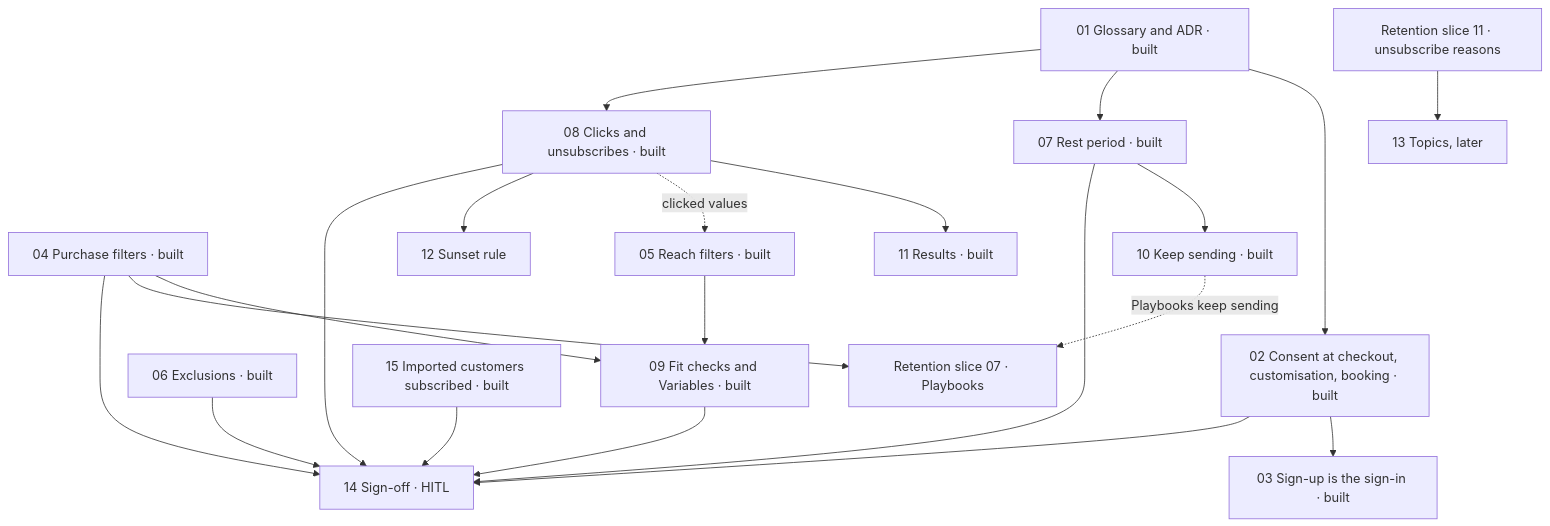
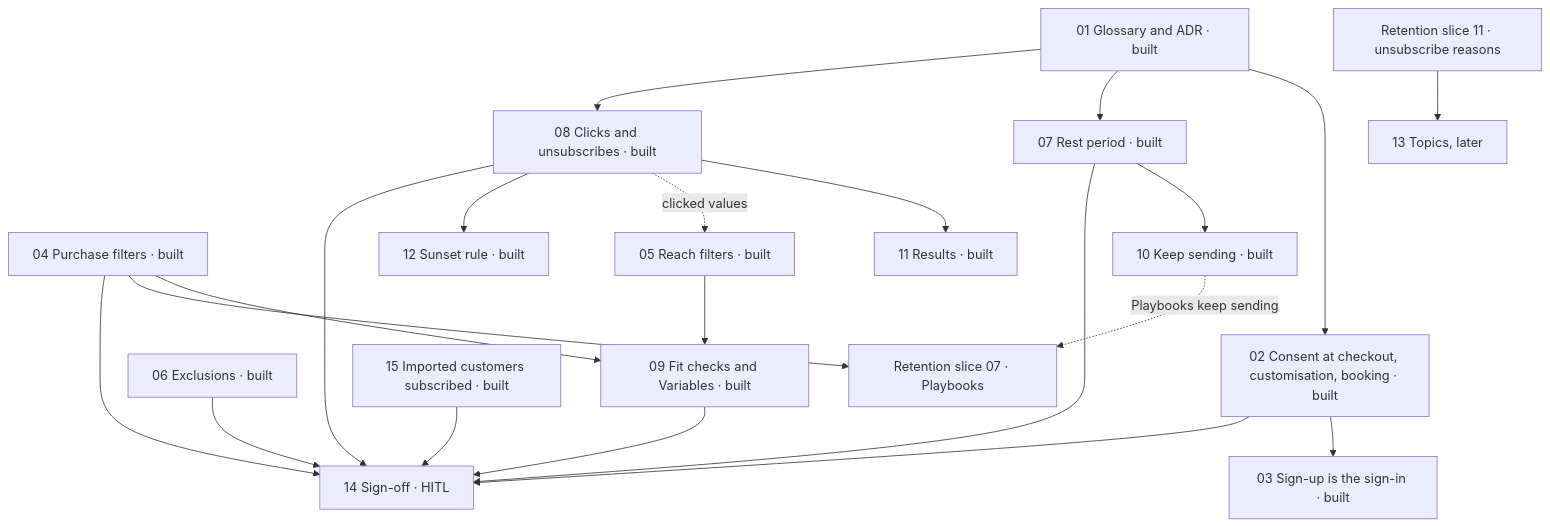
Before and after one commit to ivanyeors/mp: the diagram in .claude/PRD-campaign-audiences/issues/README.md, drawn with Mermaid. The commit also changed other lines of this file and 54 other files, not shown here.

````diff
--- a/.claude/PRD-campaign-audiences/issues/README.md
+++ b/.claude/PRD-campaign-audiences/issues/README.md
@@ -34,39 +34,39 @@
 ```mermaid
 graph TD
   s01[01 Glossary and ADR · built]
   s02[02 Consent at checkout, customisation, booking · built]
   s03[03 Sign-up is the sign-in · built]
   s04[04 Purchase filters · built]
   s05[05 Reach filters · built]
   s06[06 Exclusions · built]
   s07[07 Rest period · built]
   s08[08 Clicks and unsubscribes · built]
   s09[09 Fit checks and Variables · built]
   s10[10 Keep sending · built]
   s11[11 Results · built]
-  s12[12 Sunset rule]
+  s12[12 Sunset rule · built]
   s13[13 Topics, later]
   s14[14 Sign-off · HITL]
   s15[15 Imported customers subscribed · built]
   r07[Retention slice 07 · Playbooks]
   r11[Retention slice 11 · unsubscribe reasons]
 
   s15 --> s14
   s01 --> s02 --> s03
   s01 --> s07 --> s10
   s01 --> s08
   s08 --> s11
   s08 -. clicked values .-> s05
   s08 --> s12
   s04 --> s09
   s05 --> s09
   s04 --> r07
   s10 -. Playbooks keep sending .-> r07
   r11 --> s13
   s02 --> s14
   s04 --> s14
   s06 --> s14
   s07 --> s14
   s08 --> s14
   s09 --> s14
 ```
````
